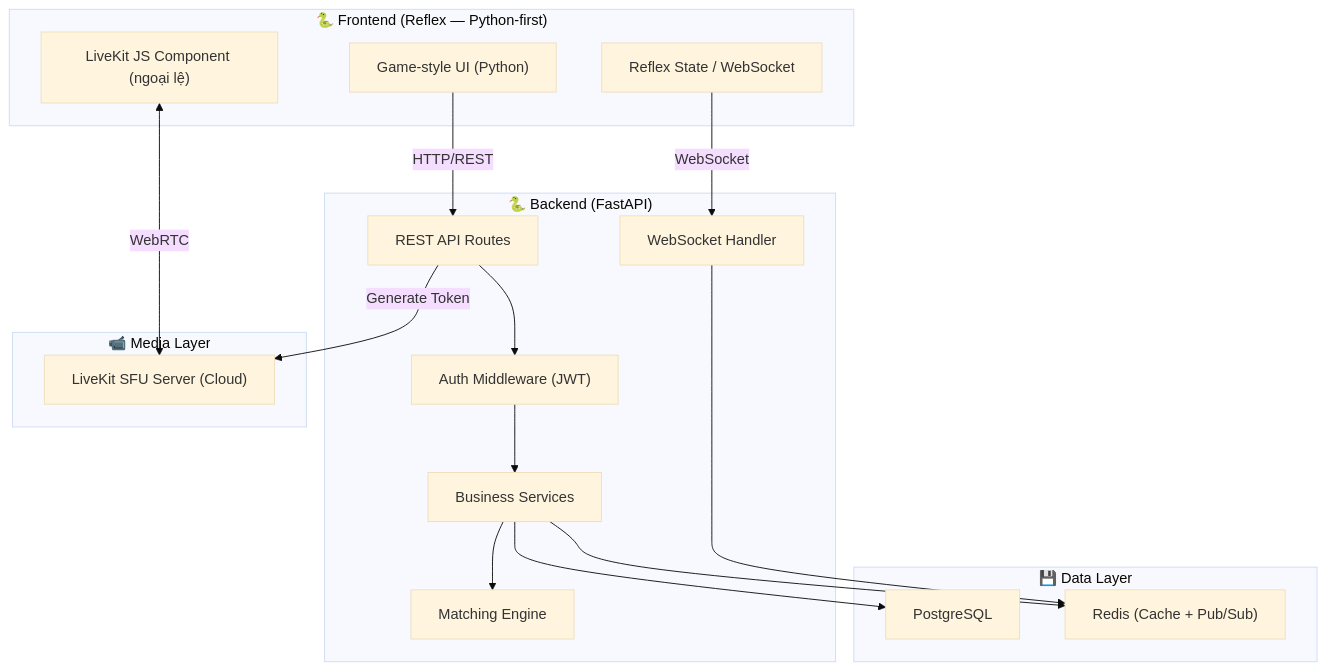
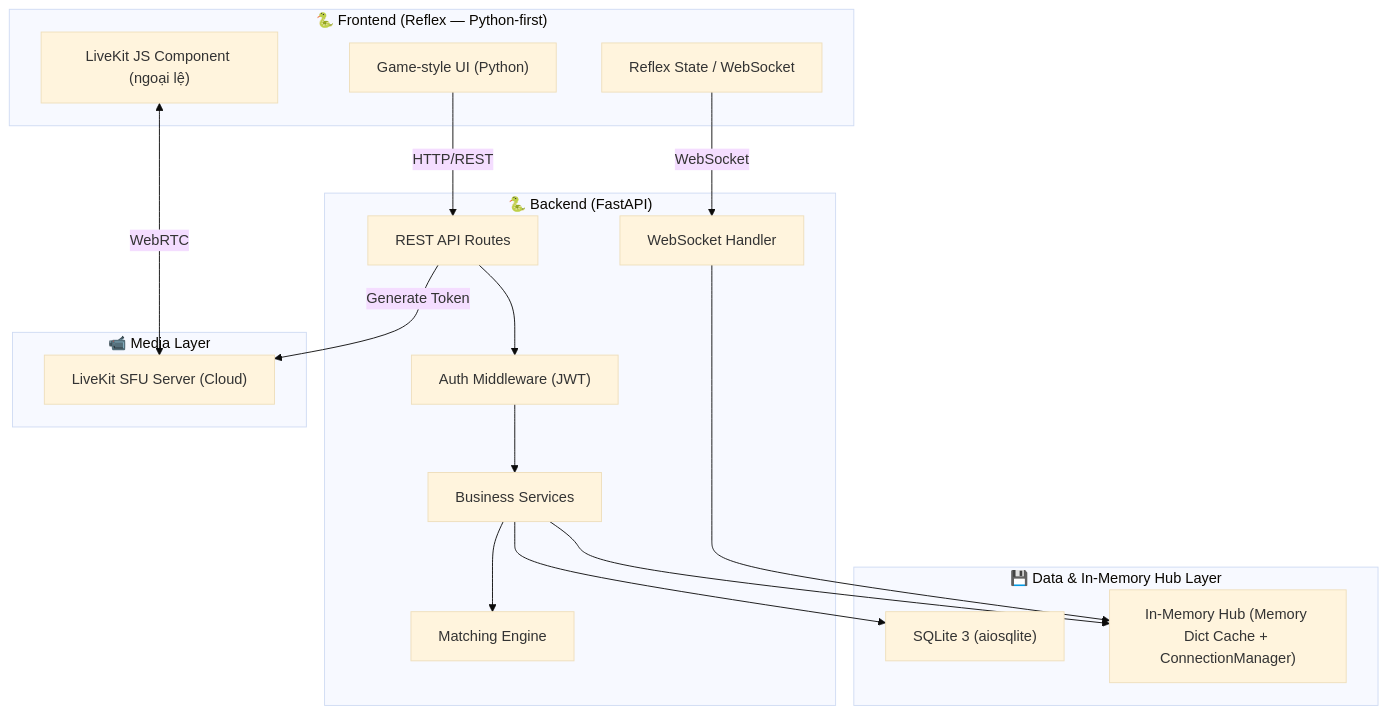
One commit to TIN314-Nhom10/forfriend changed the first of 6 diagrams in docs/01-architecture.md. Above: the diagram before and after it, drawn with Mermaid (base theme). The commit also changed other lines of this file and 15 other files, not shown here.

````diff
--- a/docs/01-architecture.md
+++ b/docs/01-architecture.md
@@ -5,37 +5,37 @@
 ```mermaid
 graph TB
     subgraph Client["🐍 Frontend (Reflex — Python-first)"]
         UI["Game-style UI (Python)"]
         WS_Client["Reflex State / WebSocket"]
         LK_Client["LiveKit JS Component (ngoại lệ)"]
     end
 
     subgraph API["🐍 Backend (FastAPI)"]
         REST["REST API Routes"]
         WS_Server["WebSocket Handler"]
         AUTH["Auth Middleware (JWT)"]
         MATCH["Matching Engine"]
         BIZ["Business Services"]
     end
 
-    subgraph Data["💾 Data Layer"]
-        PG["PostgreSQL"]
-        REDIS["Redis (Cache + Pub/Sub)"]
+    subgraph Data["💾 Data & In-Memory Hub Layer"]
+        SQLITE["SQLite 3 (aiosqlite)"]
+        MEM["In-Memory Hub (Memory Dict Cache + ConnectionManager)"]
     end
 
     subgraph Media["📹 Media Layer"]
         LK_SFU["LiveKit SFU Server (Cloud)"]
     end
 
     UI -->|HTTP/REST| REST
     WS_Client -->|WebSocket| WS_Server
     LK_Client <-->|WebRTC| LK_SFU
 
     REST --> AUTH
     AUTH --> BIZ
     BIZ --> MATCH
-    BIZ --> PG
-    BIZ --> REDIS
-    WS_Server --> REDIS
+    BIZ --> SQLITE
+    BIZ --> MEM
+    WS_Server --> MEM
     REST -->|Generate Token| LK_SFU
 ```
````
